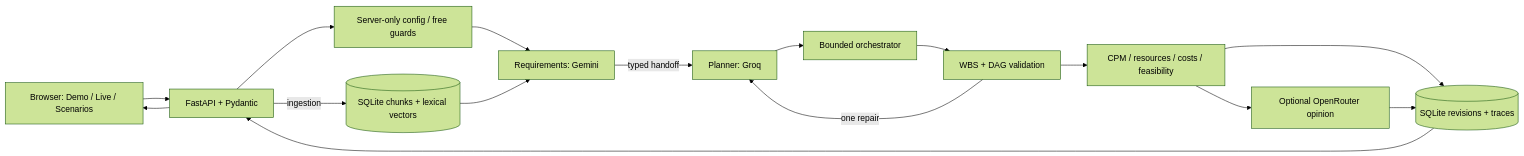
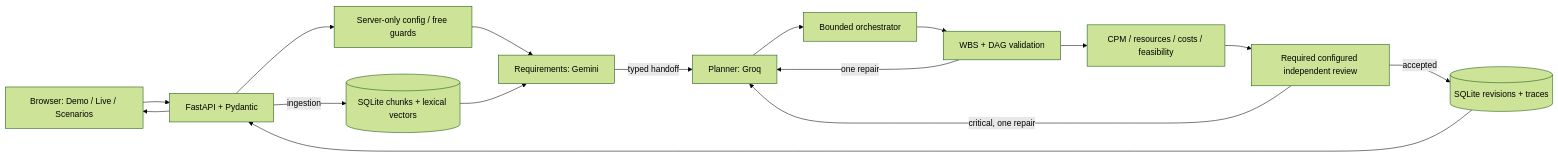
One commit to Steveaub/agentic-ai-project-manager changed the diagram in README.md. Above: the diagram before and after it, drawn with Mermaid (forest theme). The commit also changed other lines of this file and 33 other files, not shown here.

````diff
--- a/README.md
+++ b/README.md
@@ -61,18 +62,18 @@
 ```mermaid
 flowchart LR
     UI[Browser: Demo / Live / Scenarios] --> API[FastAPI + Pydantic]
     API --> CFG[Server-only config / free guards]
     CFG --> R[Requirements: Gemini]
     DB[(SQLite chunks + lexical vectors)] --> R
     R -->|typed handoff| P[Planner: Groq]
     P --> O[Bounded orchestrator]
     O --> V[WBS + DAG validation]
     V --> T[CPM / resources / costs / feasibility]
     V -->|one repair| P
-    T --> REVIEW[Optional OpenRouter opinion]
-    T --> STATE[(SQLite revisions + traces)]
-    REVIEW --> STATE
+    T --> REVIEW[Required configured independent review]
+    REVIEW -->|accepted| STATE[(SQLite revisions + traces)]
+    REVIEW -->|critical, one repair| P
     STATE --> API
     API --> UI
     API -->|ingestion| DB
 ```
````
